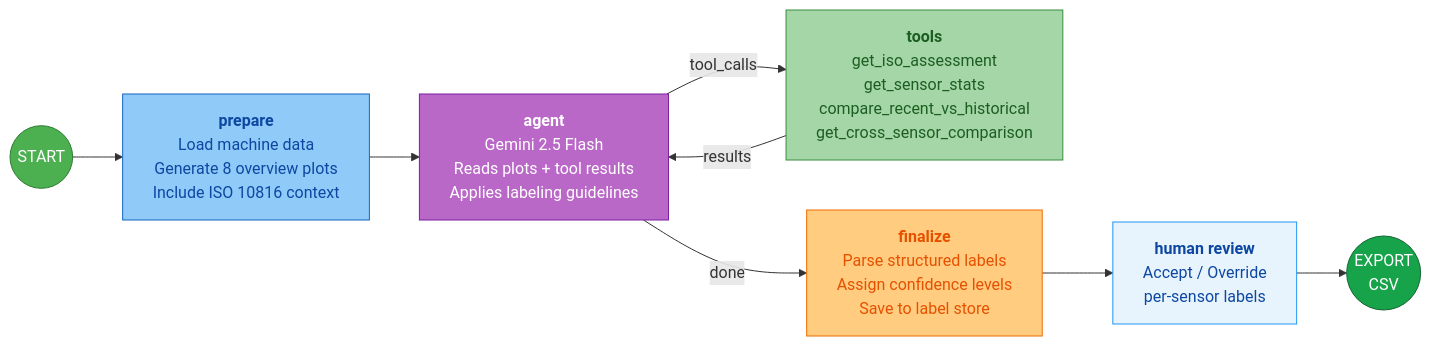
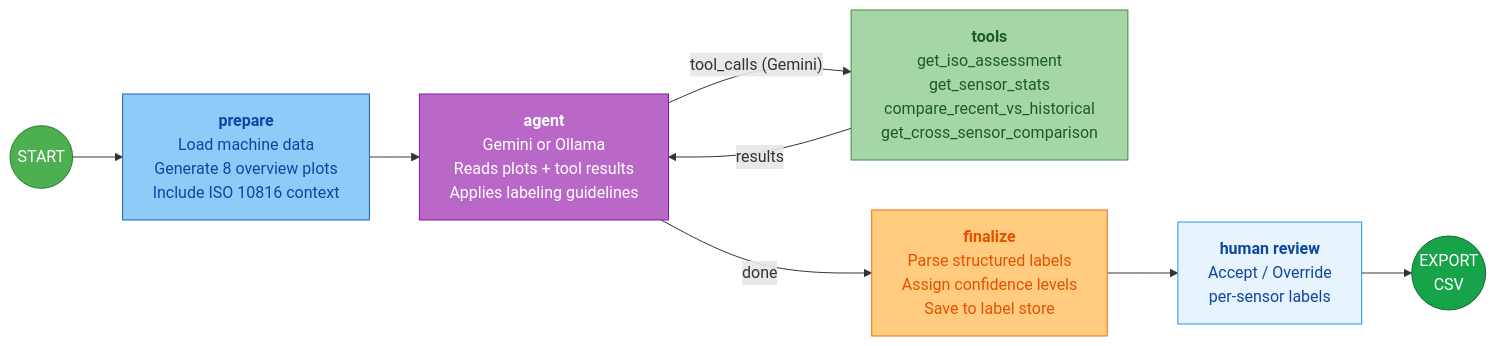
One commit to phanidhirajpadimiti/Vib_Analysis changed the second of 2 diagrams in README.md. Above: the diagram before and after it, drawn with Mermaid. The commit also changed other lines of this file, not shown here.

````diff
--- a/README.md
+++ b/README.md
@@ -101,24 +101,24 @@
 ```mermaid
 flowchart LR
     START(("START")) --> PREP
 
     PREP["<b>prepare</b><br/>Load machine data<br/>Generate 8 overview plots<br/>Include ISO 10816 context"]
     PREP --> AGT
 
-    AGT["<b>agent</b><br/>Gemini 2.5 Flash<br/>Reads plots + tool results<br/>Applies labeling guidelines"]
+    AGT["<b>agent</b><br/>Gemini or Ollama<br/>Reads plots + tool results<br/>Applies labeling guidelines"]
 
-    AGT -->|"tool_calls"| TOOL["<b>tools</b><br/>get_iso_assessment<br/>get_sensor_stats<br/>compare_recent_vs_historical<br/>get_cross_sensor_comparison"]
+    AGT -->|"tool_calls (Gemini)"| TOOL["<b>tools</b><br/>get_iso_assessment<br/>get_sensor_stats<br/>compare_recent_vs_historical<br/>get_cross_sensor_comparison"]
     TOOL -->|"results"| AGT
 
     AGT -->|"done"| FIN["<b>finalize</b><br/>Parse structured labels<br/>Assign confidence levels<br/>Save to label store"]
     FIN --> REVIEW["<b>human review</b><br/>Accept / Override<br/>per-sensor labels"]
     REVIEW --> OUT(("EXPORT<br/>CSV"))
 
     style START fill:#4caf50,stroke:#2e7d32,color:#fff
     style OUT fill:#16a34a,stroke:#166534,color:#fff
     style PREP fill:#90caf9,stroke:#1565c0,color:#0d47a1
     style AGT fill:#ba68c8,stroke:#7b1fa2,color:#fff
     style TOOL fill:#a5d6a7,stroke:#388e3c,color:#1b5e20
     style FIN fill:#ffcc80,stroke:#ef6c00,color:#e65100
     style REVIEW fill:#e8f4fd,stroke:#2196f3,color:#0d47a1
 ```
````
